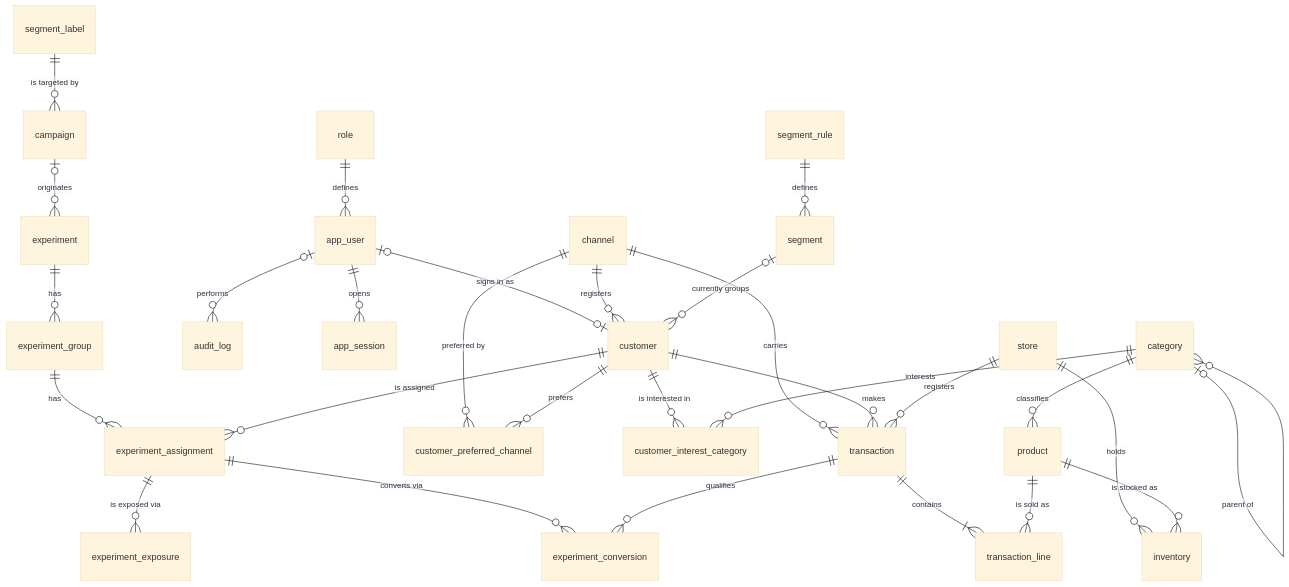
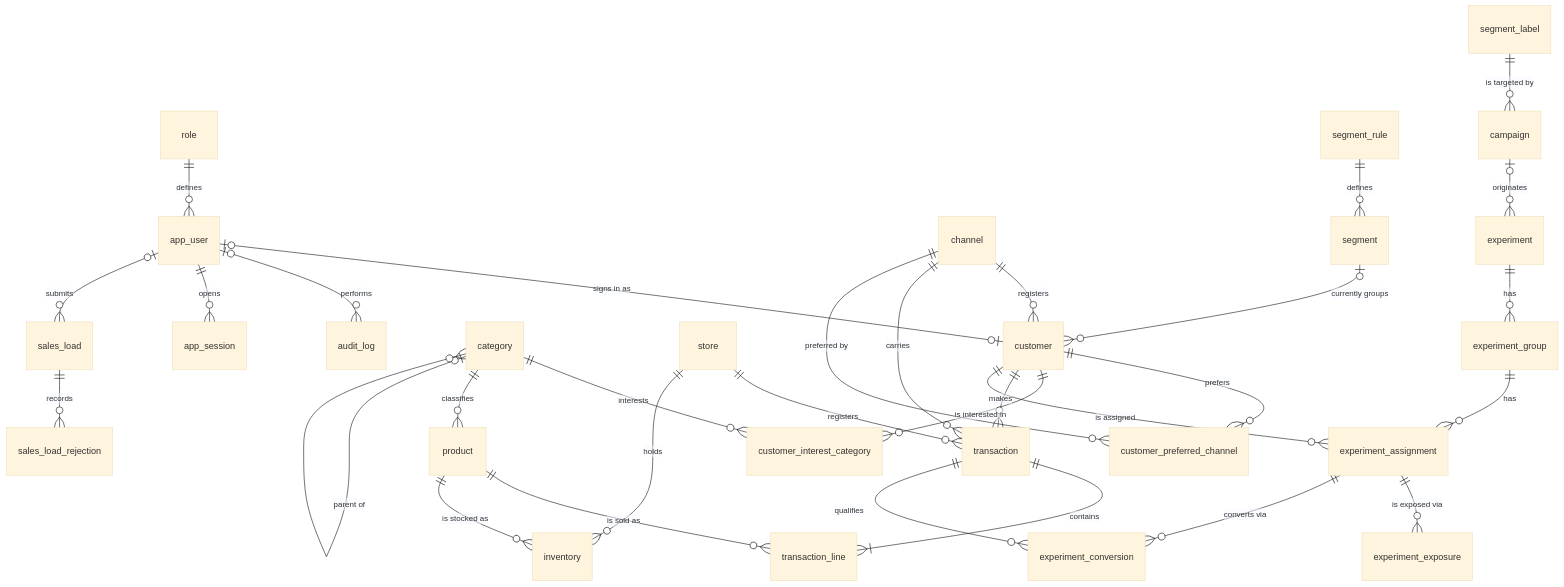
One commit to Equipo-03-Proyecto10/retail-segmentation changed the fourth of 4 diagrams in docs/data-model.md. Above: the diagram before and after it, drawn with Mermaid (base theme). The commit also changed other lines of this file, not shown here.

Commit message:
docs(data): document sales import load relations in 4NF (#334)

````diff
--- a/docs/data-model.md
+++ b/docs/data-model.md
@@ -240,31 +254,33 @@
 ```mermaid
 erDiagram
     role                       ||--o{ app_user                   : "defines"
     app_user                   |o--o| customer                   : "signs in as"
     app_user                   |o--o{ audit_log                  : "performs"
     app_user                   ||--o{ app_session                : "opens"
     channel                    ||--o{ customer                   : "registers"
     channel                    ||--o{ transaction                : "carries"
     channel                    ||--o{ customer_preferred_channel : "preferred by"
     customer                   ||--o{ customer_preferred_channel : "prefers"
     customer                   ||--o{ customer_interest_category : "is interested in"
     category                   ||--o{ customer_interest_category : "interests"
     category                   ||--o{ product                    : "classifies"
     category                   |o--o{ category                   : "parent of"
     customer                   ||--o{ transaction                : "makes"
     store                      ||--o{ transaction                : "registers"
     transaction                ||--|{ transaction_line           : "contains"
     product                    ||--o{ transaction_line           : "is sold as"
+    app_user                   |o--o{ sales_load                 : "submits"
+    sales_load                 ||--o{ sales_load_rejection       : "records"
     store                      ||--o{ inventory                  : "holds"
     product                    ||--o{ inventory                  : "is stocked as"
     segment_rule               ||--o{ segment                    : "defines"
     segment                    |o--o{ customer                   : "currently groups"
     segment_label              ||--o{ campaign                   : "is targeted by"
     campaign                   |o--o{ experiment                 : "originates"
     experiment                 ||--o{ experiment_group           : "has"
     experiment_group           ||--o{ experiment_assignment      : "has"
     customer                   ||--o{ experiment_assignment      : "is assigned"
     experiment_assignment      ||--o{ experiment_exposure        : "is exposed via"
     experiment_assignment      ||--o{ experiment_conversion      : "converts via"
     transaction                ||--o{ experiment_conversion      : "qualifies"
 ```
````
